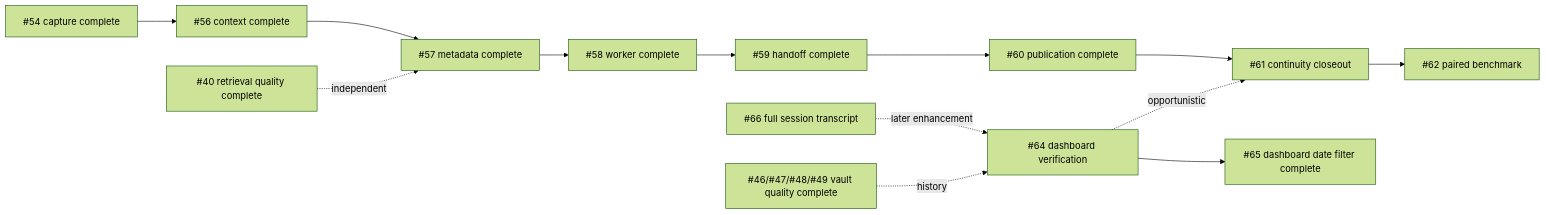
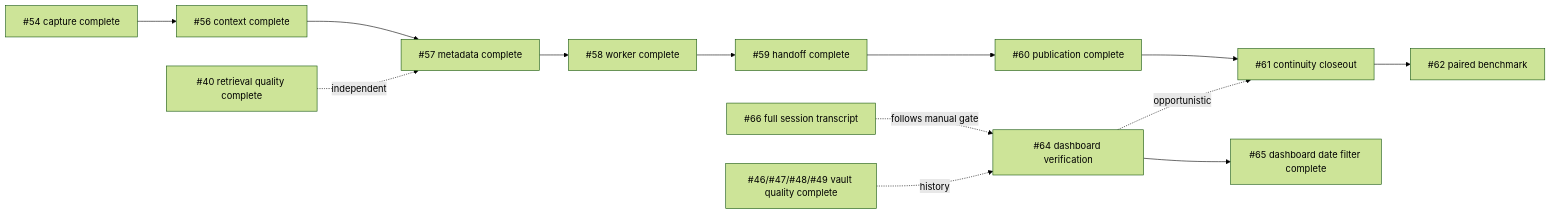
One commit to vib28/ai-memory-hub changed the diagram in docs/issue-priority-order.md. Above: the diagram before and after it, drawn with Mermaid (forest theme). The commit also changed other lines of this file and 19 other files, not shown here.

````diff
--- a/docs/issue-priority-order.md
+++ b/docs/issue-priority-order.md
@@ -9,15 +9,15 @@
 ```mermaid
 flowchart LR
     P["#54 capture complete"] --> A["#56 context complete"]
     A --> B["#57 metadata complete"]
     B --> C["#58 worker complete"]
     C --> D["#59 handoff complete"]
     D --> E["#60 publication complete"]
     E --> F["#61 continuity closeout"]
     F --> G["#62 paired benchmark"]
     I["#40 retrieval quality complete"] -. independent .-> B
     J["#64 dashboard verification"] -. opportunistic .-> F
     J --> K["#65 dashboard date filter complete"]
-    L["#66 full session transcript"] -. later enhancement .-> J
+    L["#66 full session transcript"] -. follows manual gate .-> J
     M["#46/#47/#48/#49 vault quality complete"] -. history .-> J
 ```
````
